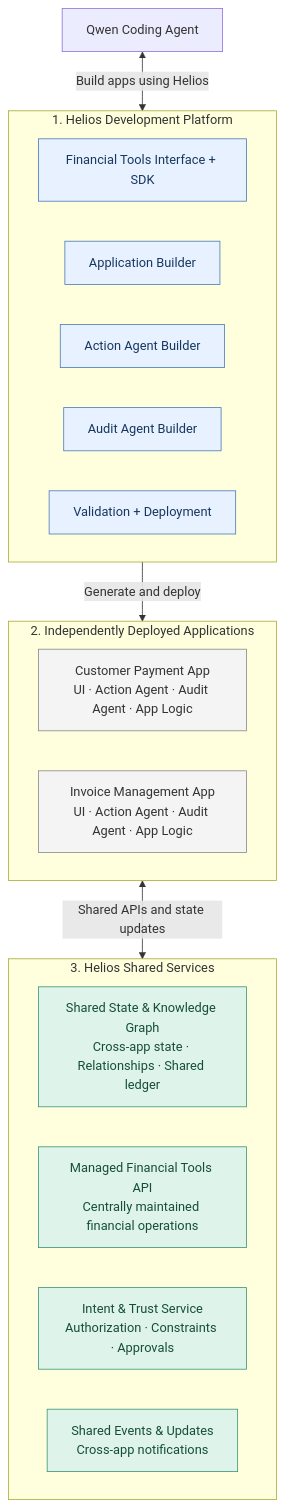
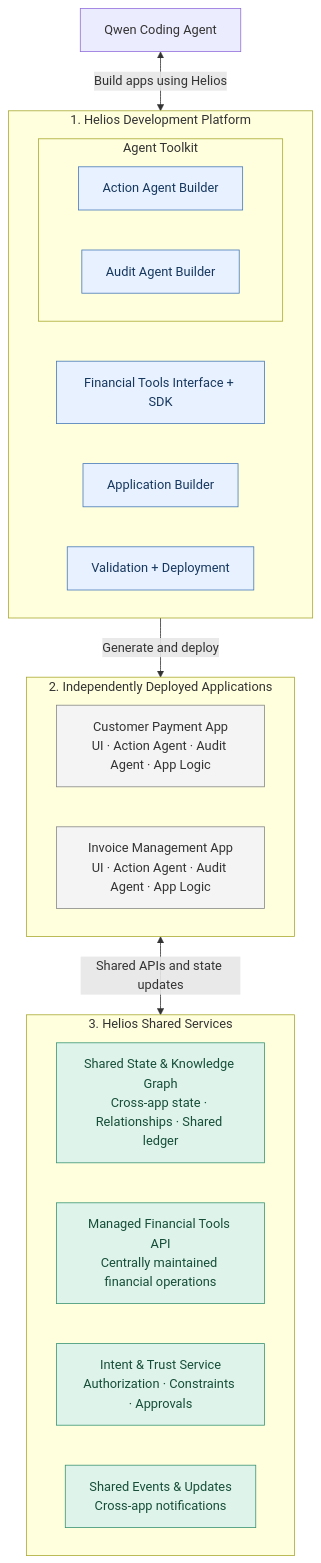
Before and after one commit to ChloeHouvardas/helios: the diagram in specs/architecture-mermaid.md, drawn with Mermaid. The commit also changed other lines of this file and 18 other files, not shown here.

````diff
--- a/specs/architecture-mermaid.md
+++ b/specs/architecture-mermaid.md
@@ -54,39 +55,42 @@
 ```mermaid
 flowchart TB
     Q["Qwen Coding Agent"]
 
     subgraph DEV["1. Helios Development Platform"]
         direction LR
         D1["Financial Tools Interface + SDK"]
         D2["Application Builder"]
-        D3["Action Agent Builder"]
-        D4["Audit Agent Builder"]
+        subgraph TK["Agent Toolkit"]
+            direction LR
+            D3["Action Agent Builder"]
+            D4["Audit Agent Builder"]
+        end
         D5["Validation + Deployment"]
     end
 
     subgraph APPS["2. Independently Deployed Applications"]
         direction LR
         A["Customer Payment App<br/>UI · Action Agent · Audit Agent · App Logic"]
         B["Invoice Management App<br/>UI · Action Agent · Audit Agent · App Logic"]
     end
 
     subgraph SHARED["3. Helios Shared Services"]
         direction LR
         S1["Shared State & Knowledge Graph<br/>Cross-app state · Relationships · Shared ledger"]
         S2["Managed Financial Tools API<br/>Centrally maintained financial operations"]
         S3["Intent & Trust Service<br/>Authorization · Constraints · Approvals"]
         S4["Shared Events & Updates<br/>Cross-app notifications"]
     end
 
     Q <-->|"Build apps using Helios"| DEV
     DEV -->|"Generate and deploy"| APPS
     APPS <-->|"Shared APIs and state updates"| SHARED
 
     classDef platform fill:#e8f1ff,stroke:#477bb8,color:#17385f
     classDef application fill:#f4f4f4,stroke:#888,color:#333
     classDef service fill:#def3e9,stroke:#3b9475,color:#164e3a
 
     class D1,D2,D3,D4,D5 platform
     class A,B application
     class S1,S2,S3,S4 service
 ```
````
